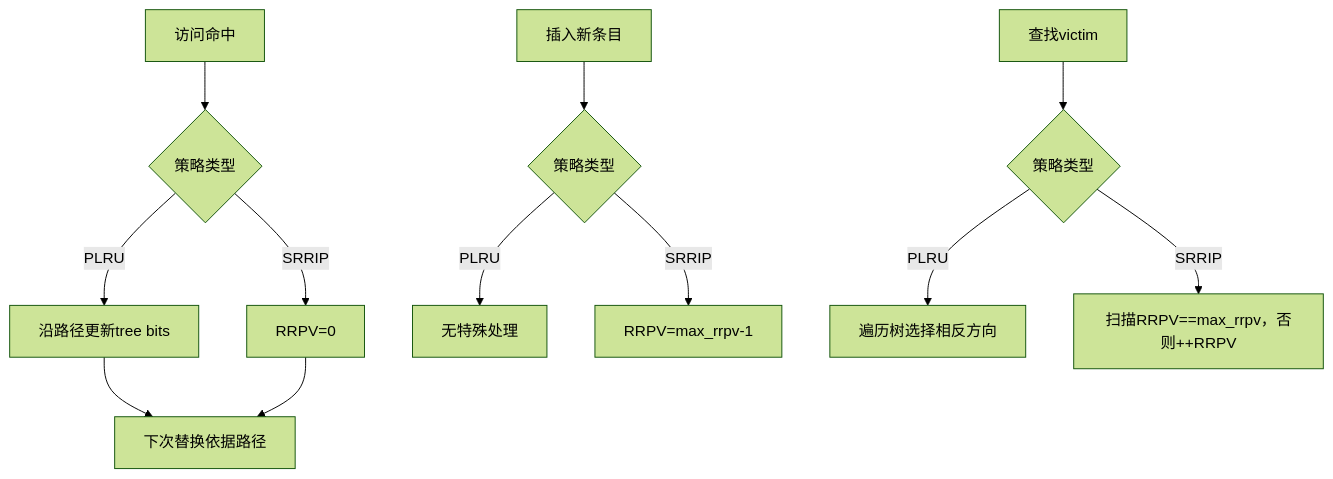
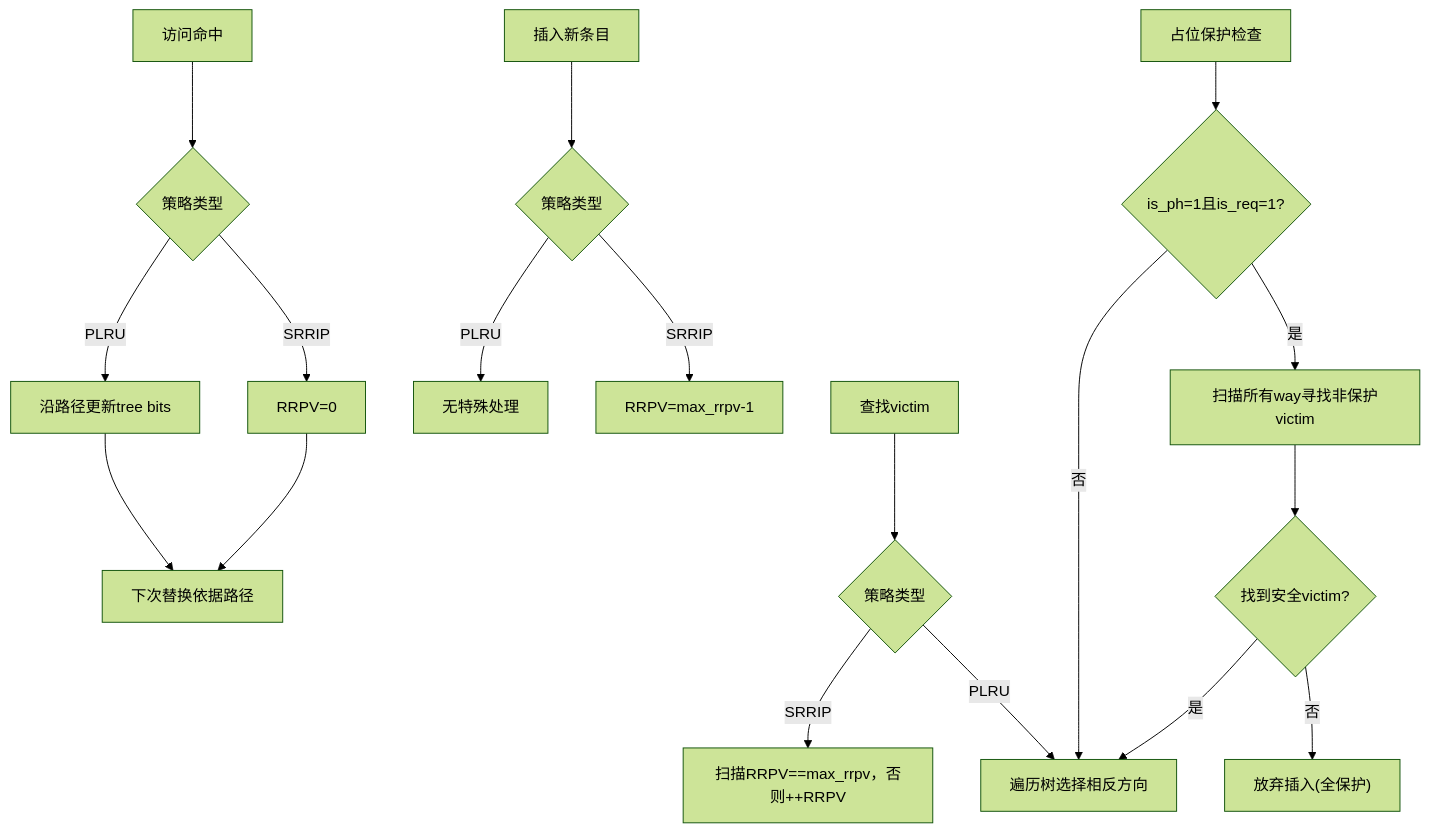
The ninth of 11 diagrams in .qoder/repowiki/zh/content/缓存系统/缓存系统.md (jiangjiang1122/iommu_model_20260401_v1), drawn with Mermaid (forest theme) before and after one commit. The commit also changed other lines of this file and 21 other files, not shown here.

````diff
--- a/.qoder/repowiki/zh/content/缓存系统/缓存系统.md
+++ b/.qoder/repowiki/zh/content/缓存系统/缓存系统.md
@@ -313,14 +409,20 @@
 ```mermaid
 flowchart TD
 A["访问命中"] --> B{"策略类型"}
 B --> |PLRU| C["沿路径更新tree bits"]
 B --> |SRRIP| D["RRPV=0"]
 C --> E["下次替换依据路径"]
 D --> E
 F["插入新条目"] --> G{"策略类型"}
 G --> |PLRU| H["无特殊处理"]
 G --> |SRRIP| I["RRPV=max_rrpv-1"]
 J["查找victim"] --> K{"策略类型"}
 K --> |PLRU| L["遍历树选择相反方向"]
 K --> |SRRIP| M["扫描RRPV==max_rrpv，否则++RRPV"]
+N["占位保护检查"] --> O{"is_ph=1且is_req=1?"}
+O --> |是| P["扫描所有way寻找非保护victim"]
+O --> |否| L
+P --> Q{"找到安全victim?"}
+Q --> |是| L
+Q --> |否| R["放弃插入(全保护)"]
 ```
````
